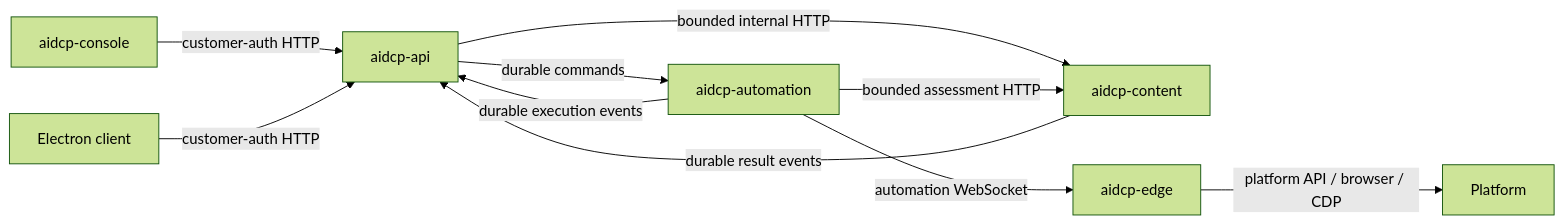
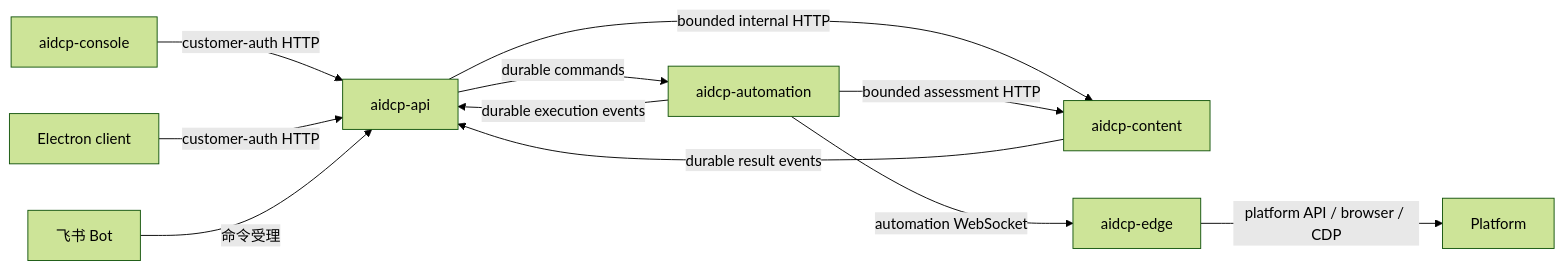
The diagram in docs/cloud-service-decomposition-proposal.md (tommax-bai/aidcp), drawn with Mermaid (forest theme) before and after one commit. The commit also changed other lines of this file, not shown here.

````diff
--- a/docs/cloud-service-decomposition-proposal.md
+++ b/docs/cloud-service-decomposition-proposal.md
@@ -113,12 +123,13 @@
 ```mermaid
 flowchart LR
     Console["aidcp-console"] -->|"customer-auth HTTP"| API["aidcp-api"]
     Client["Electron client"] -->|"customer-auth HTTP"| API
+    Bot["飞书 Bot"] -->|"命令受理"| API
     API -->|"bounded internal HTTP"| Content["aidcp-content"]
     API -->|"durable commands"| Automation["aidcp-automation"]
     Automation -->|"bounded assessment HTTP"| Content
     Content -->|"durable result events"| API
     Automation -->|"durable execution events"| API
     Automation -->|"automation WebSocket"| Edge["aidcp-edge"]
     Edge -->|"platform API / browser / CDP"| Platform["Platform"]
 ```
````
